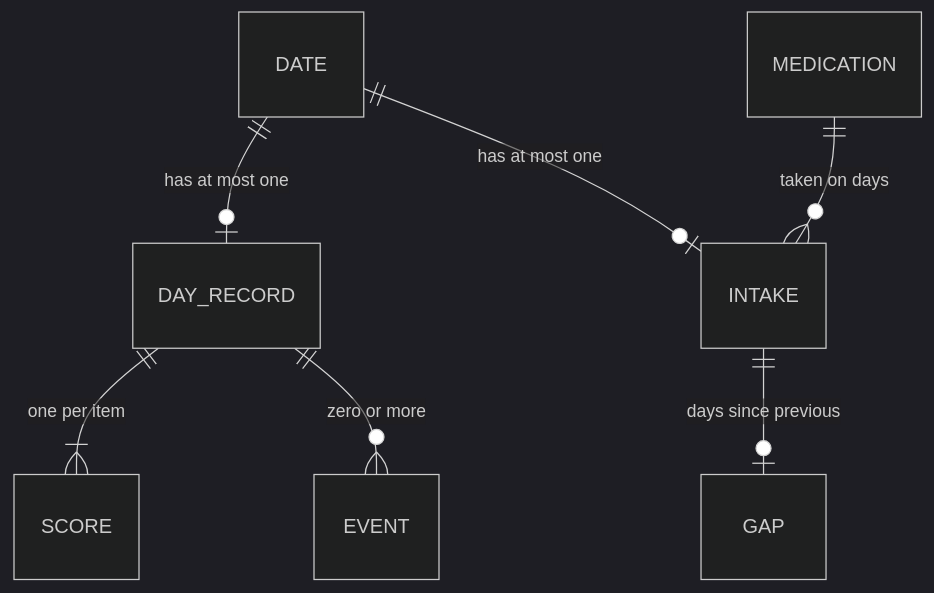
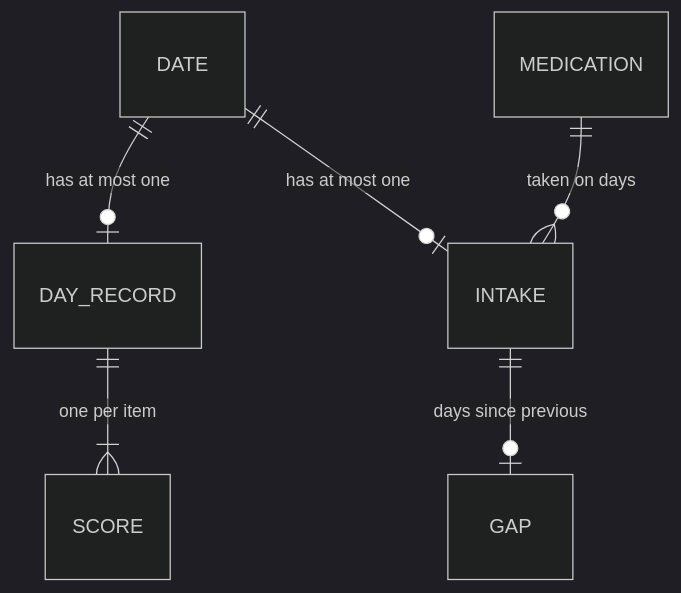
One commit to Meyhem/moodcraft changed the diagram in domain-spec-moodcraft.md. Above: the diagram before and after it, drawn with Mermaid (dark theme). The commit also changed other lines of this file and 44 other files, not shown here.

````diff
--- a/domain-spec-moodcraft.md
+++ b/domain-spec-moodcraft.md
@@ -146,9 +139,8 @@
 ```mermaid
 erDiagram
     DATE ||--o| DAY_RECORD : "has at most one"
     DATE ||--o| INTAKE : "has at most one"
     DAY_RECORD ||--|{ SCORE : "one per item"
-    DAY_RECORD ||--o{ EVENT : "zero or more"
     MEDICATION ||--o{ INTAKE : "taken on days"
     INTAKE ||--o| GAP : "days since previous"
 ```
````
